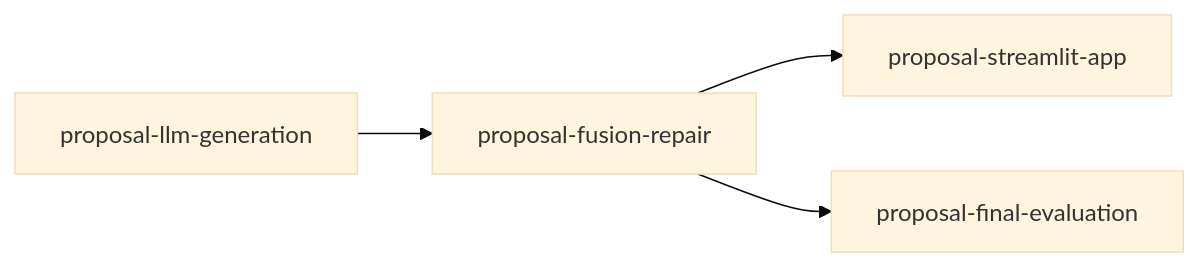
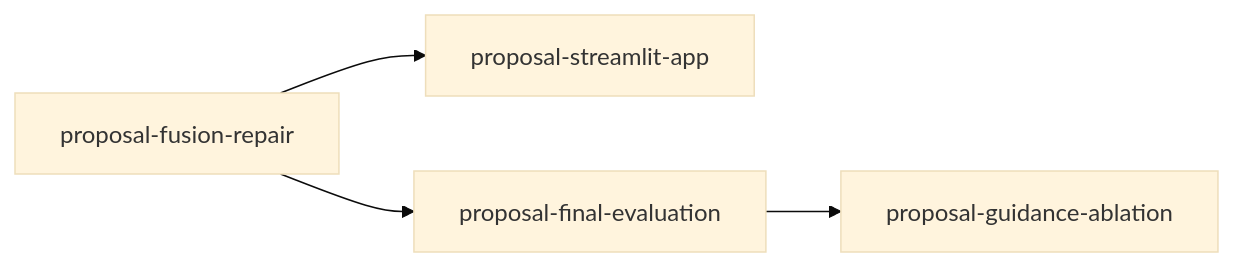
Before and after one commit to joe-dartmouth/synthetic: the diagram in tasks/proposal-index.md, drawn with Mermaid (base theme). The commit also changed other lines of this file and 57 other files, not shown here.

First line of the commit message:
Generate records through the Messages API (proposal-llm-generation) (#17)

````diff
--- a/tasks/proposal-index.md
+++ b/tasks/proposal-index.md
@@ -17,6 +18,6 @@
 ```mermaid
 flowchart LR
-    llm_generation[proposal-llm-generation] --> fusion_repair[proposal-fusion-repair]
     fusion_repair[proposal-fusion-repair] --> streamlit_app[proposal-streamlit-app]
     fusion_repair[proposal-fusion-repair] --> final_evaluation[proposal-final-evaluation]
+    final_evaluation[proposal-final-evaluation] --> guidance_ablation[proposal-guidance-ablation]
 ```
````
